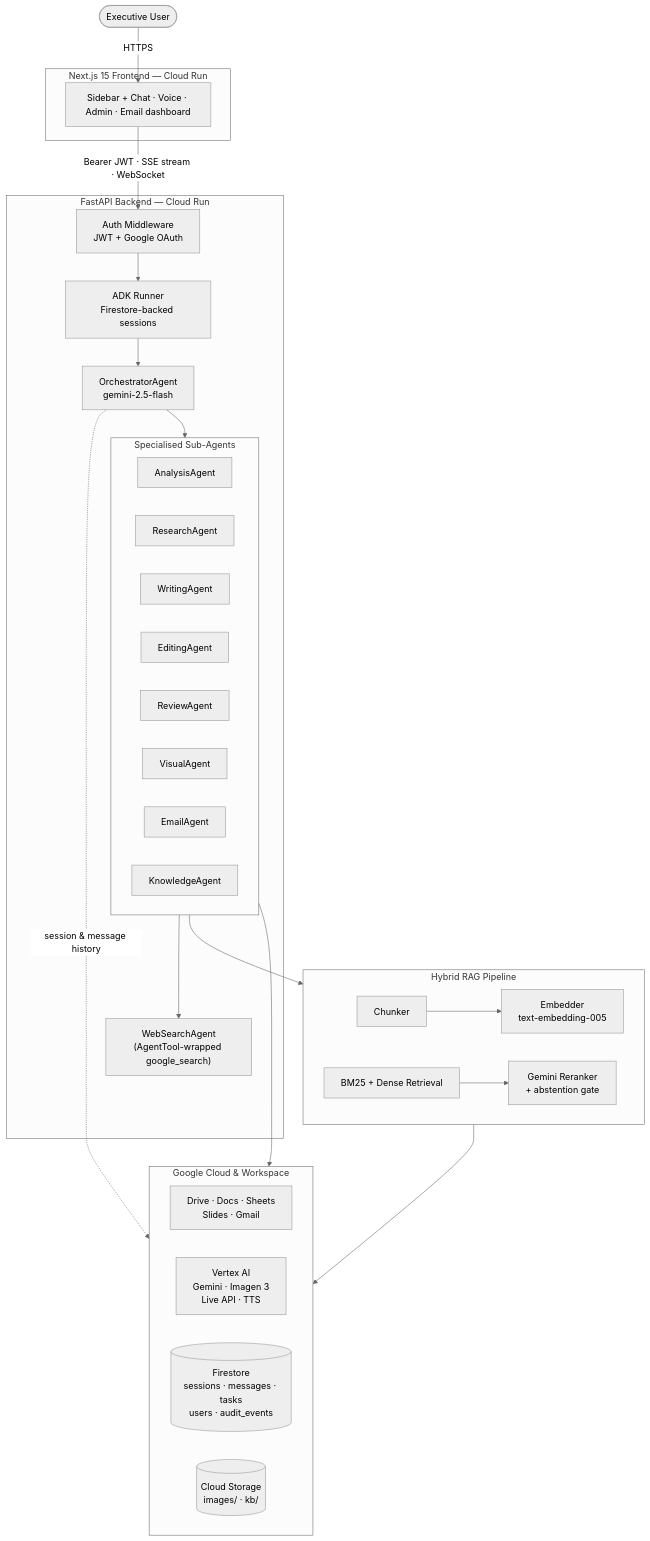
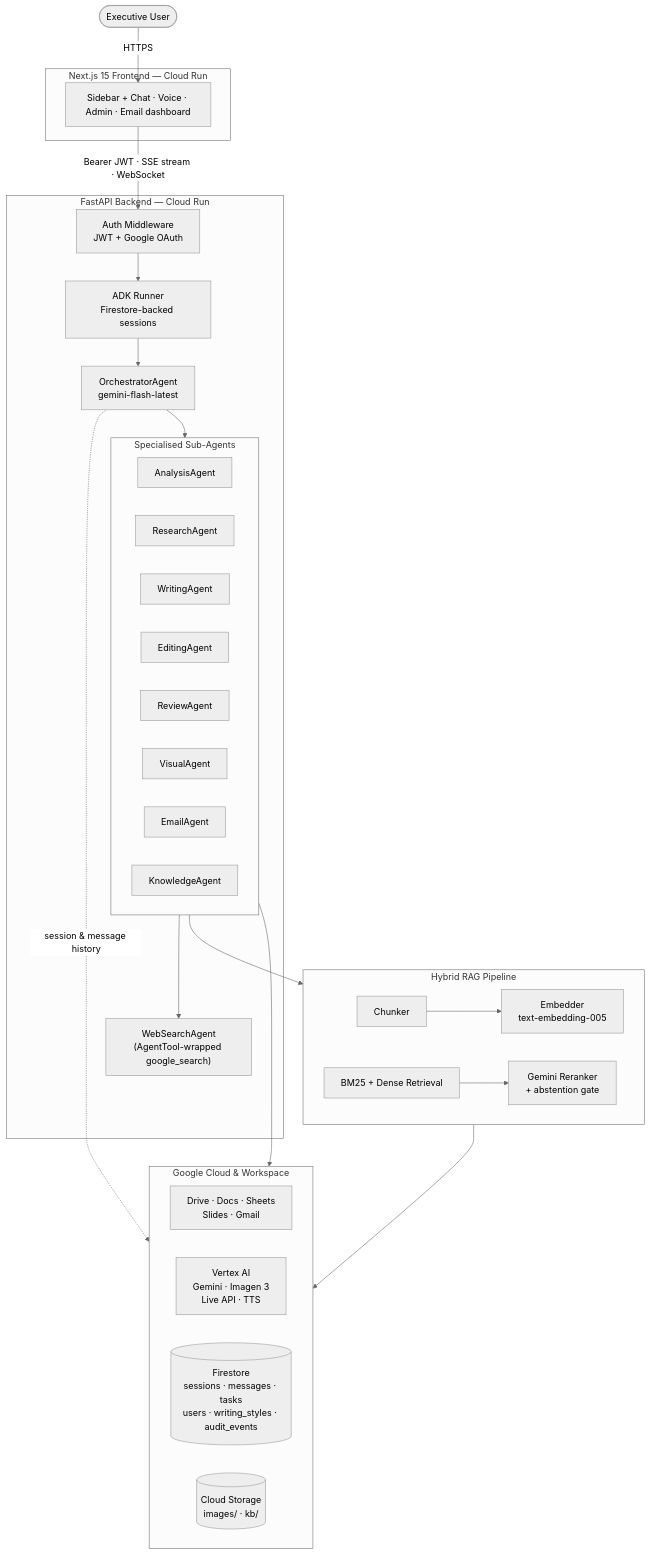
Before and after one commit to sandboxkeralty/keralty-agent: the first of 2 diagrams in README.md, drawn with Mermaid (neutral theme). The commit also changed other lines of this file, not shown here.

````diff
--- a/README.md
+++ b/README.md
@@ -45,54 +56,54 @@
 ```mermaid
 flowchart TB
     User(["Executive User"])
 
     subgraph Frontend["Next.js 15 Frontend — Cloud Run"]
         FE["Sidebar + Chat · Voice · Admin · Email dashboard"]
     end
 
     subgraph Backend["FastAPI Backend — Cloud Run"]
         Auth["Auth Middleware<br/>JWT + Google OAuth"]
         Runner["ADK Runner<br/>Firestore-backed sessions"]
-        Orch["OrchestratorAgent<br/>gemini-2.5-flash"]
+        Orch["OrchestratorAgent<br/>gemini-flash-latest"]
 
         subgraph SubAgents["Specialised Sub-Agents"]
             direction LR
             Analysis["AnalysisAgent"]
             Research["ResearchAgent"]
             Writing["WritingAgent"]
             Editing["EditingAgent"]
             Review["ReviewAgent"]
             Visual["VisualAgent"]
             Email["EmailAgent"]
             Knowledge["KnowledgeAgent"]
         end
 
         WebSearch["WebSearchAgent<br/>(AgentTool-wrapped google_search)"]
     end
 
     subgraph RAG["Hybrid RAG Pipeline"]
         direction LR
         Chunk["Chunker"] --> Embed["Embedder<br/>text-embedding-005"]
         Retrieve["BM25 + Dense Retrieval"] --> Rerank["Gemini Reranker<br/>+ abstention gate"]
     end
 
     subgraph Google["Google Cloud & Workspace"]
         direction LR
         Workspace["Drive · Docs · Sheets<br/>Slides · Gmail"]
         VertexAI["Vertex AI<br/>Gemini · Imagen 3<br/>Live API · TTS"]
-        Firestore[("Firestore<br/>sessions · messages · tasks<br/>users · audit_events")]
+        Firestore[("Firestore<br/>sessions · messages · tasks<br/>users · writing_styles · audit_events")]
         GCS[("Cloud Storage<br/>images/ · kb/")]
     end
 
     User -->|HTTPS| FE
     FE -->|"Bearer JWT · SSE stream · WebSocket"| Auth
     Auth --> Runner --> Orch
     Orch --> SubAgents
     Research --> WebSearch
 
     SubAgents --> Google
     SubAgents --> RAG
     RAG --> Google
 
     Orch -.->|session & message history| Firestore
 ```
````
